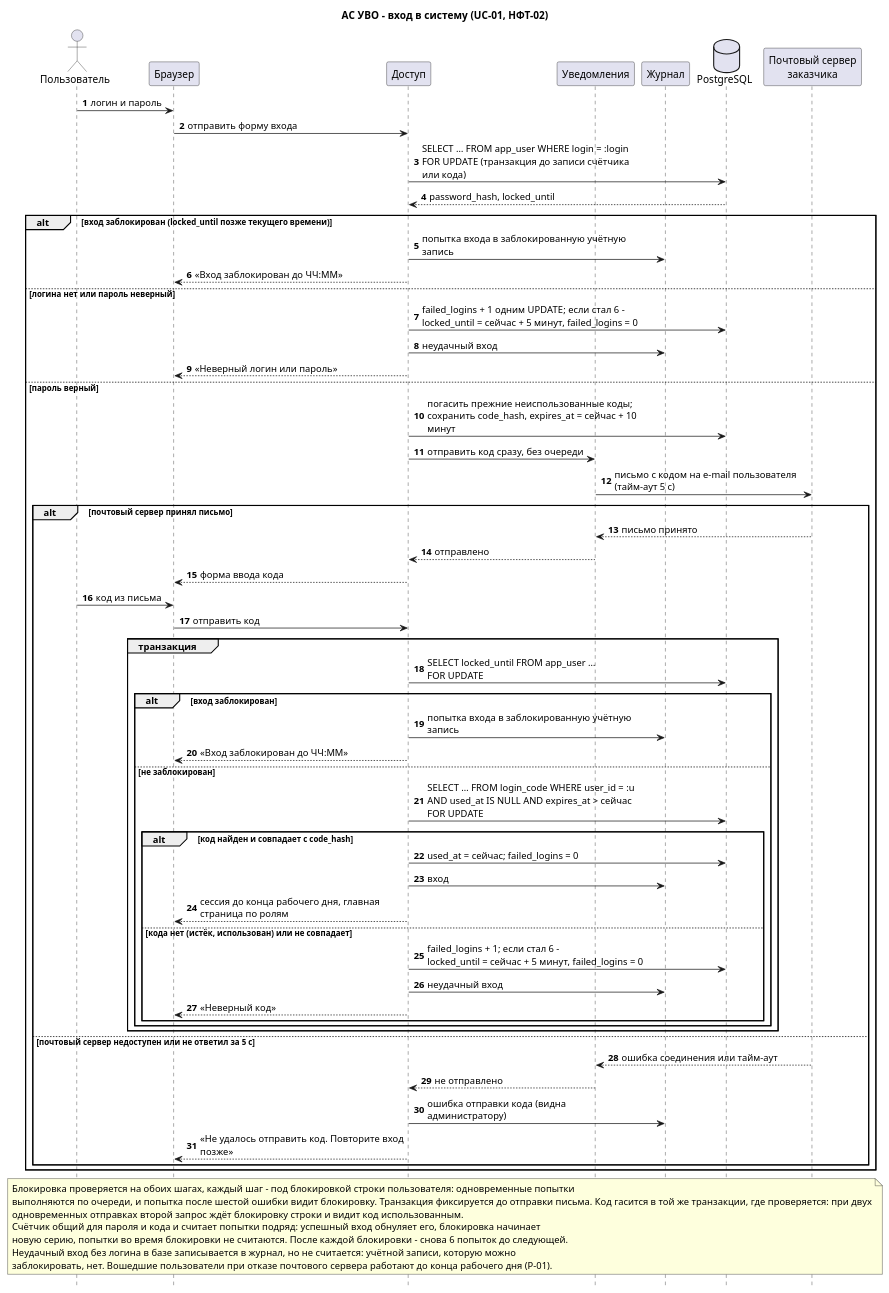
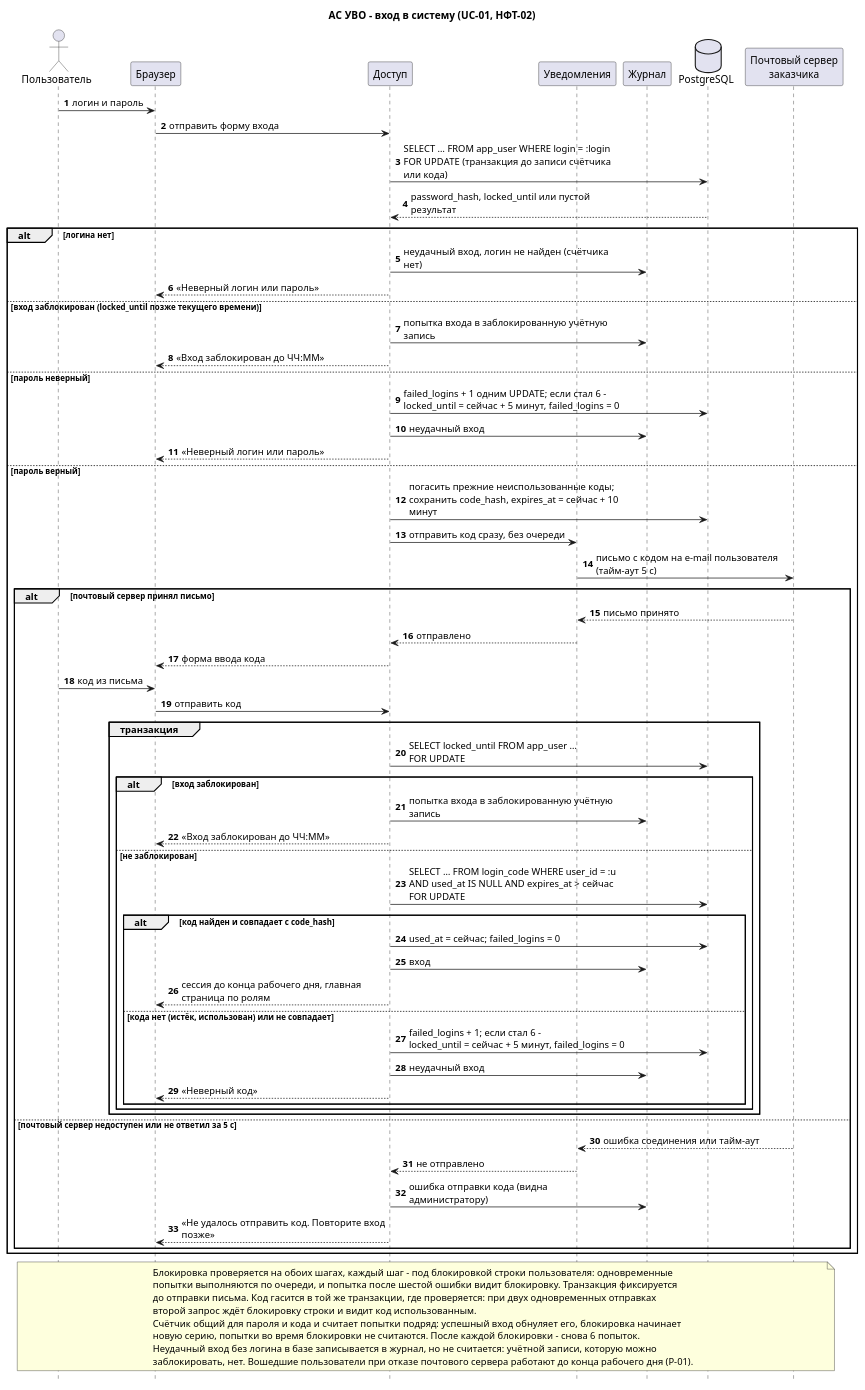
The diagram in Lab2/docs/diagrams/sequence-login.puml (Rezak159/project-management), drawn with PlantUML before and after one commit. The commit also changed 30 other files, not shown here.

```diff
--- a/Lab2/docs/diagrams/sequence-login.puml
+++ b/Lab2/docs/diagrams/sequence-login.puml
@@ -1,76 +1,80 @@
 @startuml
 title АС УВО – вход в систему (UC-01, НФТ-02)
 skinparam shadowing false
 skinparam defaultFontName Arial
 skinparam sequenceMessageAlign left
 skinparam responseMessageBelowArrow true
 skinparam maxMessageSize 300
 hide footbox
 autonumber
 
 actor "Пользователь" as U
 participant "Браузер" as B
 participant "Доступ" as ACC
 participant "Уведомления" as NTF
 participant "Журнал" as LOG
 database "PostgreSQL" as DB
 participant "Почтовый сервер\nзаказчика" as SMTP
 
 U -> B : логин и пароль
 B -> ACC : отправить форму входа
 ACC -> DB : SELECT … FROM app_user WHERE login = :login\nFOR UPDATE (транзакция до записи счётчика или кода)
-DB --> ACC : password_hash, locked_until
+DB --> ACC : password_hash, locked_until или пустой результат
 
-alt вход заблокирован (locked_until позже текущего времени)
+alt логина нет
+  ACC -> LOG : неудачный вход, логин не найден (счётчика нет)
+  ACC --> B : «Неверный логин или пароль»
+else вход заблокирован (locked_until позже текущего времени)
   ACC -> LOG : попытка входа в заблокированную учётную запись
   ACC --> B : «Вход заблокирован до ЧЧ:ММ»
-else логина нет или пароль неверный
+else пароль неверный
   ACC -> DB : failed_logins + 1 одним UPDATE; если стал 6 –\nlocked_until = сейчас + 5 минут, failed_logins = 0
   ACC -> LOG : неудачный вход
   ACC --> B : «Неверный логин или пароль»
 else пароль верный
   ACC -> DB : погасить прежние неиспользованные коды;\nсохранить code_hash, expires_at = сейчас + 10 минут
   ACC -> NTF : отправить код сразу, без очереди
   NTF -> SMTP : письмо с кодом на e-mail пользователя (тайм-аут 5 с)
   alt почтовый сервер принял письмо
     SMTP --> NTF : письмо принято
     NTF --> ACC : отправлено
     ACC --> B : форма ввода кода
     U -> B : код из письма
     B -> ACC : отправить код
     group транзакция
       ACC -> DB : SELECT locked_until FROM app_user …\nFOR UPDATE
       alt вход заблокирован
         ACC -> LOG : попытка входа в заблокированную учётную запись
         ACC --> B : «Вход заблокирован до ЧЧ:ММ»
       else не заблокирован
         ACC -> DB : SELECT … FROM login_code WHERE user_id = :u\nAND used_at IS NULL AND expires_at > сейчас\nFOR UPDATE
         alt код найден и совпадает с code_hash
           ACC -> DB : used_at = сейчас; failed_logins = 0
           ACC -> LOG : вход
           ACC --> B : сессия до конца рабочего дня, главная страница по ролям
         else кода нет (истёк, использован) или не совпадает
           ACC -> DB : failed_logins + 1; если стал 6 –\nlocked_until = сейчас + 5 минут, failed_logins = 0
           ACC -> LOG : неудачный вход
           ACC --> B : «Неверный код»
         end
       end
     end
   else почтовый сервер недоступен или не ответил за 5 с
     SMTP --> NTF : ошибка соединения или тайм-аут
     NTF --> ACC : не отправлено
     ACC -> LOG : ошибка отправки кода (видна администратору)
     ACC --> B : «Не удалось отправить код. Повторите вход позже»
   end
 end
 
 note over U, SMTP
-Блокировка проверяется на обоих шагах, каждый шаг – под блокировкой строки пользователя: одновременные попытки
-выполняются по очереди, и попытка после шестой ошибки видит блокировку. Транзакция фиксируется до отправки письма. Код гасится в той же транзакции, где проверяется: при двух
-одновременных отправках второй запрос ждёт блокировку строки и видит код использованным.
+Блокировка проверяется на обоих шагах, каждый шаг – под блокировкой строки пользователя: одновременные
+попытки выполняются по очереди, и попытка после шестой ошибки видит блокировку. Транзакция фиксируется
+до отправки письма. Код гасится в той же транзакции, где проверяется: при двух одновременных отправках
+второй запрос ждёт блокировку строки и видит код использованным.
 Счётчик общий для пароля и кода и считает попытки подряд: успешный вход обнуляет его, блокировка начинает
-новую серию, попытки во время блокировки не считаются. После каждой блокировки – снова 6 попыток до следующей.
+новую серию, попытки во время блокировки не считаются. После каждой блокировки – снова 6 попыток.
 Неудачный вход без логина в базе записывается в журнал, но не считается: учётной записи, которую можно
 заблокировать, нет. Вошедшие пользователи при отказе почтового сервера работают до конца рабочего дня (Р-01).
 end note
 @enduml
```
